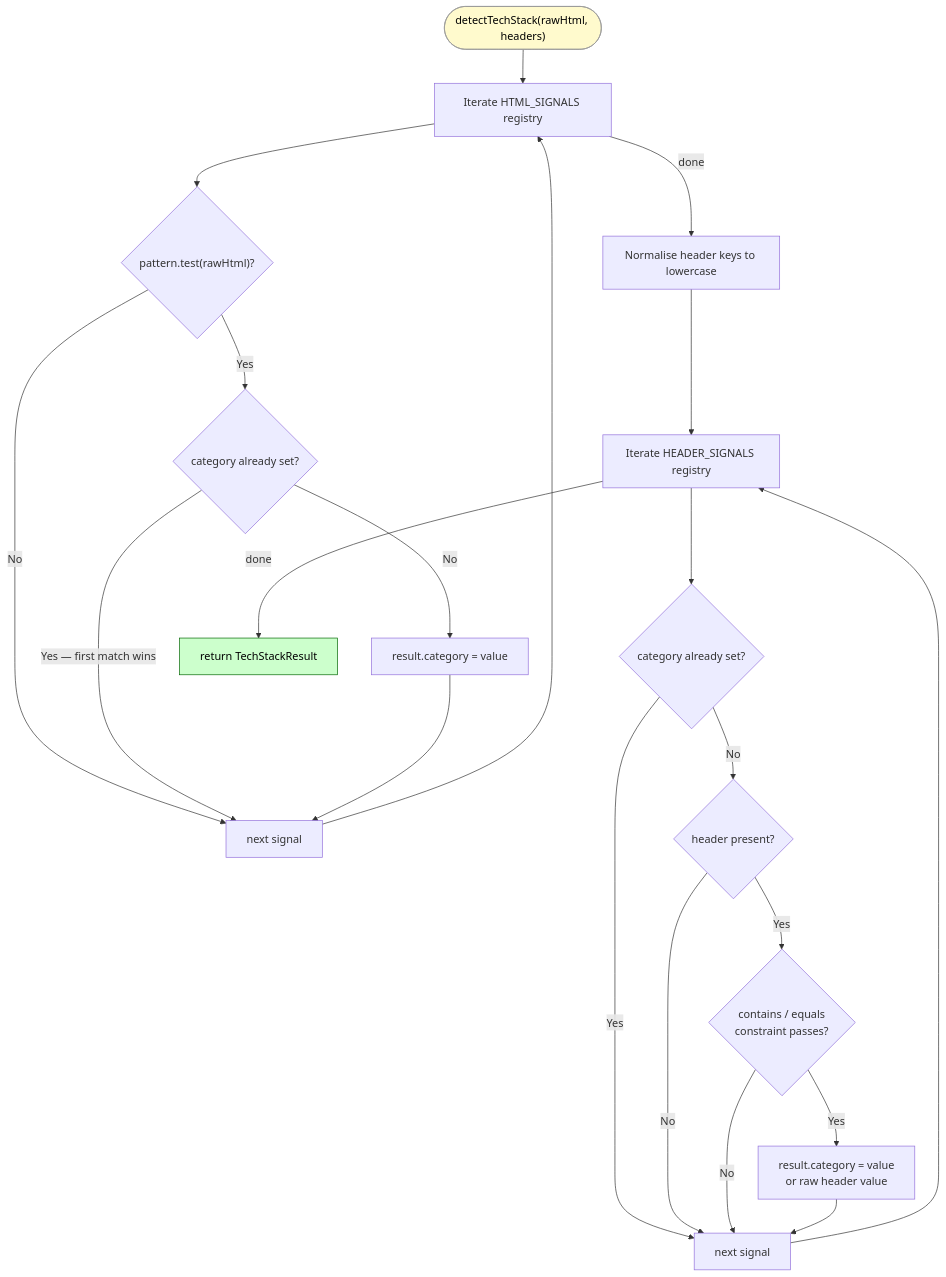
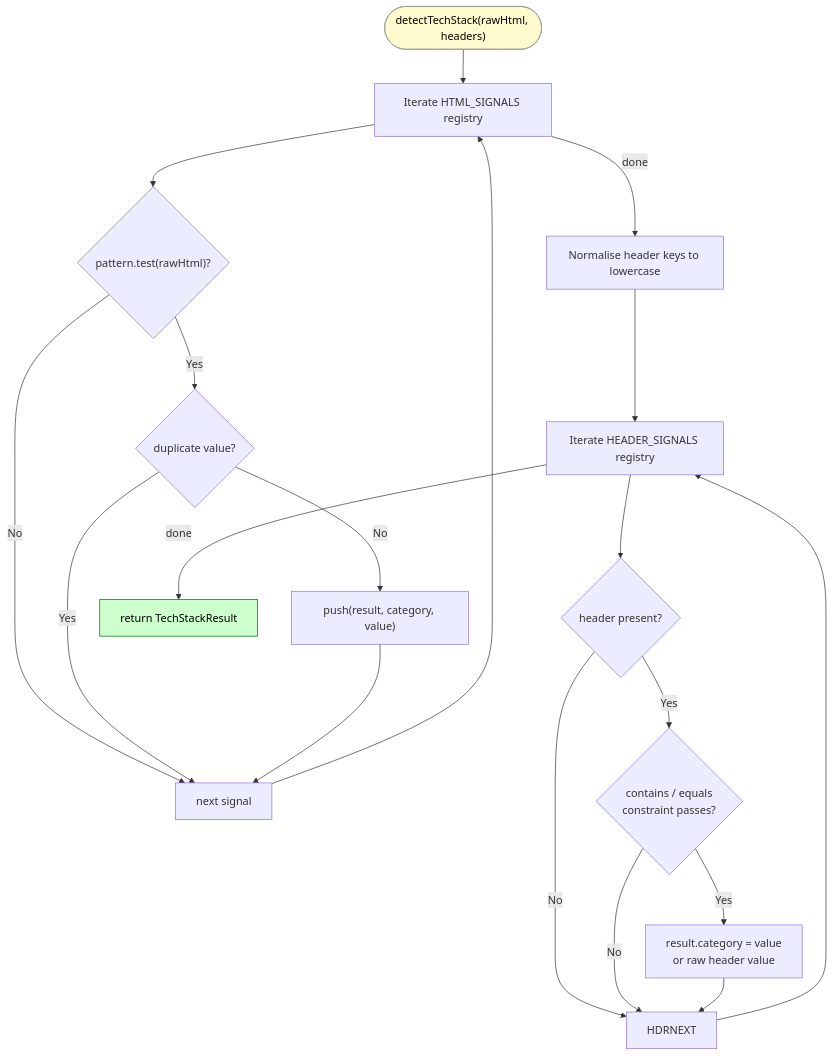
Before and after one commit to BugGreen/ai-prevetting: the first of 2 diagrams in docs/discover-phase1/05-detectTechStack.md, drawn with Mermaid. The commit also changed other lines of this file and 2 other files, not shown here.

````diff
--- a/docs/discover-phase1/05-detectTechStack.md
+++ b/docs/discover-phase1/05-detectTechStack.md
@@ -23,33 +23,31 @@
 ```mermaid
 flowchart TD
     START(["detectTechStack(rawHtml, headers)"])
 
     START --> HTML["Iterate HTML_SIGNALS registry"]
 
     HTML --> HMATCH{"pattern.test(rawHtml)?"}
     HMATCH -->|No| HNEXT[next signal]
-    HMATCH -->|Yes| HSKIP{"category already set?"}
-    HSKIP -->|"Yes — first match wins"| HNEXT
-    HSKIP -->|No| HSET["result.category = value"]
+    HMATCH -->|Yes| HSKIP{"duplicate value?"}
+    HSKIP -->|Yes| HNEXT
+    HSKIP -->|No| HSET["push(result, category, value)"]
     HSET --> HNEXT
     HNEXT --> HTML
 
     HTML -->|done| NORM["Normalise header keys to lowercase"]
 
     NORM --> HDR["Iterate HEADER_SIGNALS registry"]
 
-    HDR --> HDRSKIP{"category already set?"}
-    HDRSKIP -->|Yes| HDRNEXT[next signal]
-    HDRSKIP -->|No| HDRPRESENT{"header present?"}
+    HDR --> HDRPRESENT{"header present?"}
     HDRPRESENT -->|No| HDRNEXT
     HDRPRESENT -->|Yes| HDRFILTER{"contains / equals\nconstraint passes?"}
     HDRFILTER -->|No| HDRNEXT
     HDRFILTER -->|Yes| HDRSET["result.category = value\nor raw header value"]
     HDRSET --> HDRNEXT
     HDRNEXT --> HDR
 
     HDR -->|done| RETURN["return TechStackResult"]
 
     style RETURN fill:#ccffcc,stroke:#006600,color:#000
     style START fill:#fffacd,stroke:#999,color:#000
 ```
````
